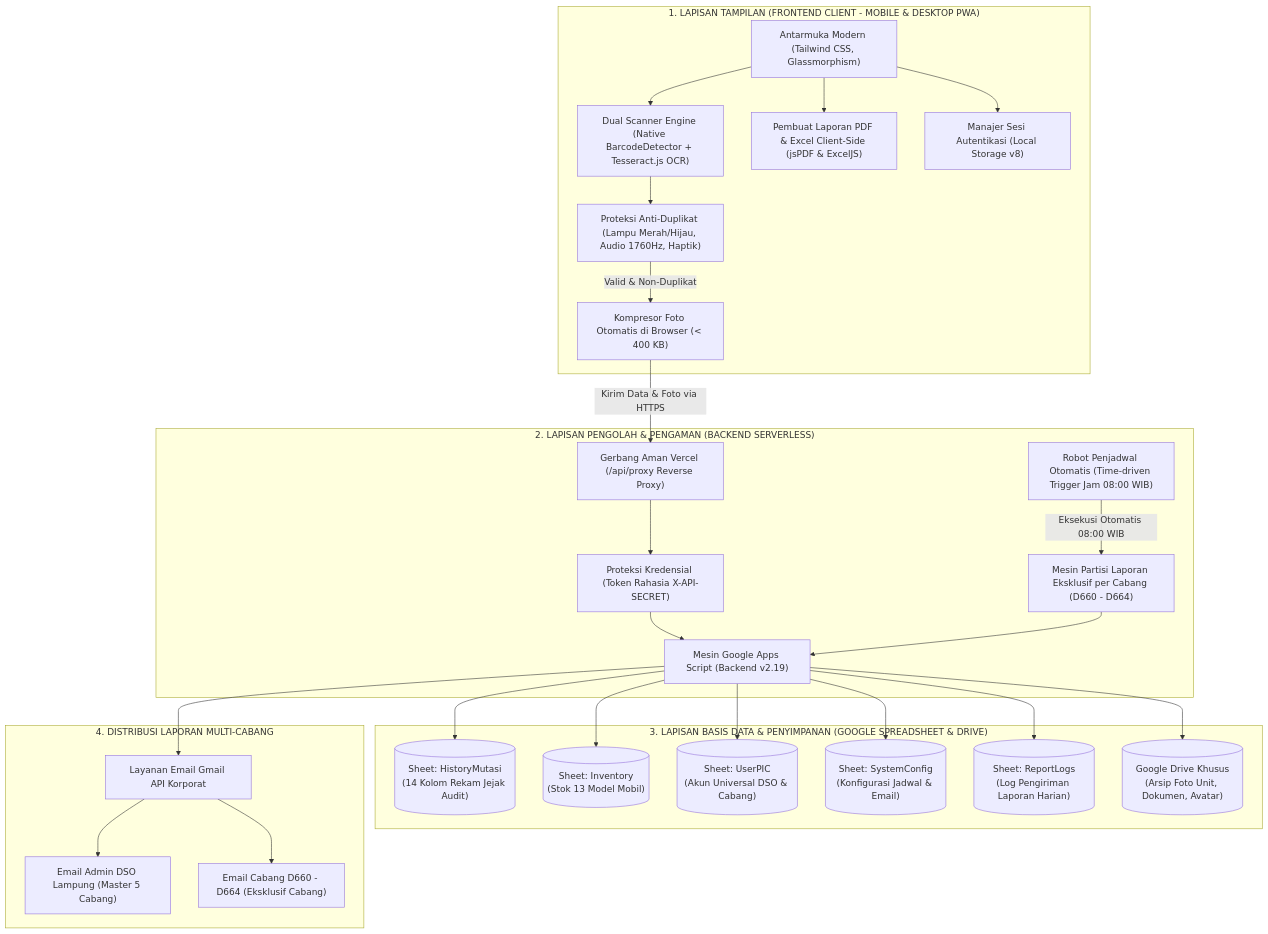
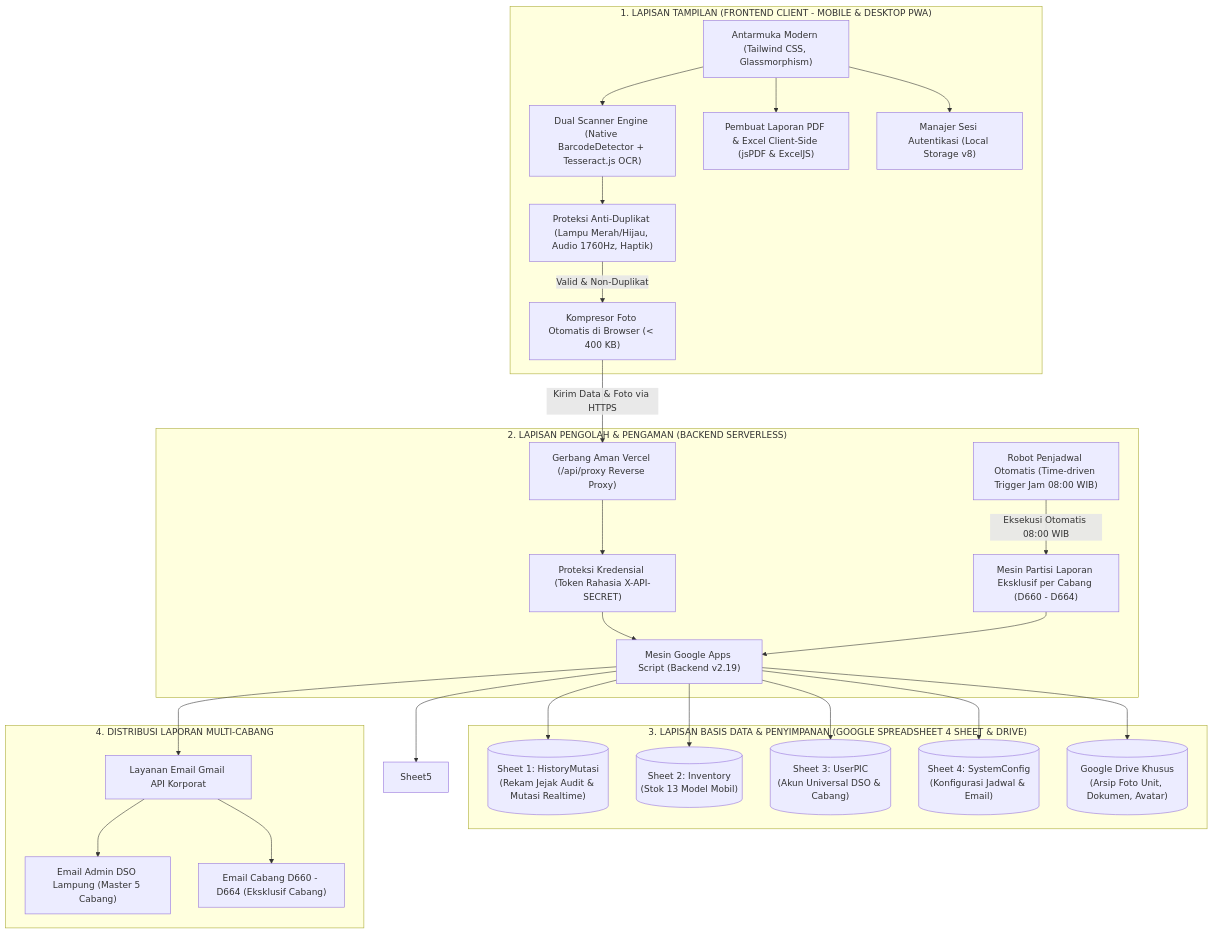
One commit to miyuraa1001/Management-StockYard changed the first of 2 diagrams in PRD.md. Above: the diagram before and after it, drawn with Mermaid. The commit also changed other lines of this file and 4 other files, not shown here.

Commit message:
refactor: remove ReportLogs sheet dependency, consolidate mutasi logs into HistoryMutasi

````diff
--- a/PRD.md
+++ b/PRD.md
@@ -184,54 +184,53 @@
 ```mermaid
 flowchart TD
     subgraph Frontend["1. LAPISAN TAMPILAN (FRONTEND CLIENT - MOBILE & DESKTOP PWA)"]
         UI["Antarmuka Modern (Tailwind CSS, Glassmorphism)"]
         Scanner["Dual Scanner Engine (Native BarcodeDetector + Tesseract.js OCR)"]
         Compress["Kompresor Foto Otomatis di Browser (< 400 KB)"]
         Sensor["Proteksi Anti-Duplikat (Lampu Merah/Hijau, Audio 1760Hz, Haptik)"]
         ClientExport["Pembuat Laporan PDF & Excel Client-Side (jsPDF & ExcelJS)"]
         AuthPersist["Manajer Sesi Autentikasi (Local Storage v8)"]
     end
 
     subgraph Backend["2. LAPISAN PENGOLAH & PENGAMAN (BACKEND SERVERLESS)"]
         Proxy["Gerbang Aman Vercel (/api/proxy Reverse Proxy)"]
         Secret["Proteksi Kredensial (Token Rahasia X-API-SECRET)"]
         GAS["Mesin Google Apps Script (Backend v2.19)"]
         Cron["Robot Penjadwal Otomatis (Time-driven Trigger Jam 08:00 WIB)"]
         Partition["Mesin Partisi Laporan Eksklusif per Cabang (D660 - D664)"]
     end
 
-    subgraph Database["3. LAPISAN BASIS DATA & PENYIMPANAN (GOOGLE SPREADSHEET & DRIVE)"]
-        Sheet1[("Sheet: HistoryMutasi\n(14 Kolom Rekam Jejak Audit)")]
-        Sheet2[("Sheet: Inventory\n(Stok 13 Model Mobil)")]
-        Sheet3[("Sheet: UserPIC\n(Akun Universal DSO & Cabang)")]
-        Sheet4[("Sheet: SystemConfig\n(Konfigurasi Jadwal & Email)")]
-        Sheet5[("Sheet: ReportLogs\n(Log Pengiriman Laporan Harian)")]
+    subgraph Database["3. LAPISAN BASIS DATA & PENYIMPANAN (GOOGLE SPREADSHEET 4 SHEET & DRIVE)"]
+        Sheet1[("Sheet 1: HistoryMutasi\n(Rekam Jejak Audit & Mutasi Realtime)")]
+        Sheet2[("Sheet 2: Inventory\n(Stok 13 Model Mobil)")]
+        Sheet3[("Sheet 3: UserPIC\n(Akun Universal DSO & Cabang)")]
+        Sheet4[("Sheet 4: SystemConfig\n(Konfigurasi Jadwal & Email)")]
         Drive[("Google Drive Khusus\n(Arsip Foto Unit, Dokumen, Avatar)")]
     end
 
     subgraph Output["4. DISTRIBUSI LAPORAN MULTI-CABANG"]
         Gmail["Layanan Email Gmail API Korporat"]
         MasterRep["Email Admin DSO Lampung (Master 5 Cabang)"]
         BranchRep["Email Cabang D660 - D664 (Eksklusif Cabang)"]
     end
 
     UI --> Scanner
     Scanner --> Sensor
     Sensor -->|Valid & Non-Duplikat| Compress
     Compress -->|Kirim Data & Foto via HTTPS| Proxy
     Proxy --> Secret
     Secret --> GAS
     GAS --> Sheet1
     GAS --> Sheet2
     GAS --> Sheet3
     GAS --> Sheet4
     GAS --> Sheet5
     GAS --> Drive
     Cron -->|Eksekusi Otomatis 08:00 WIB| Partition
     Partition --> GAS
     GAS --> Gmail
     Gmail --> MasterRep
     Gmail --> BranchRep
     UI --> ClientExport
     UI --> AuthPersist
 ```
````
